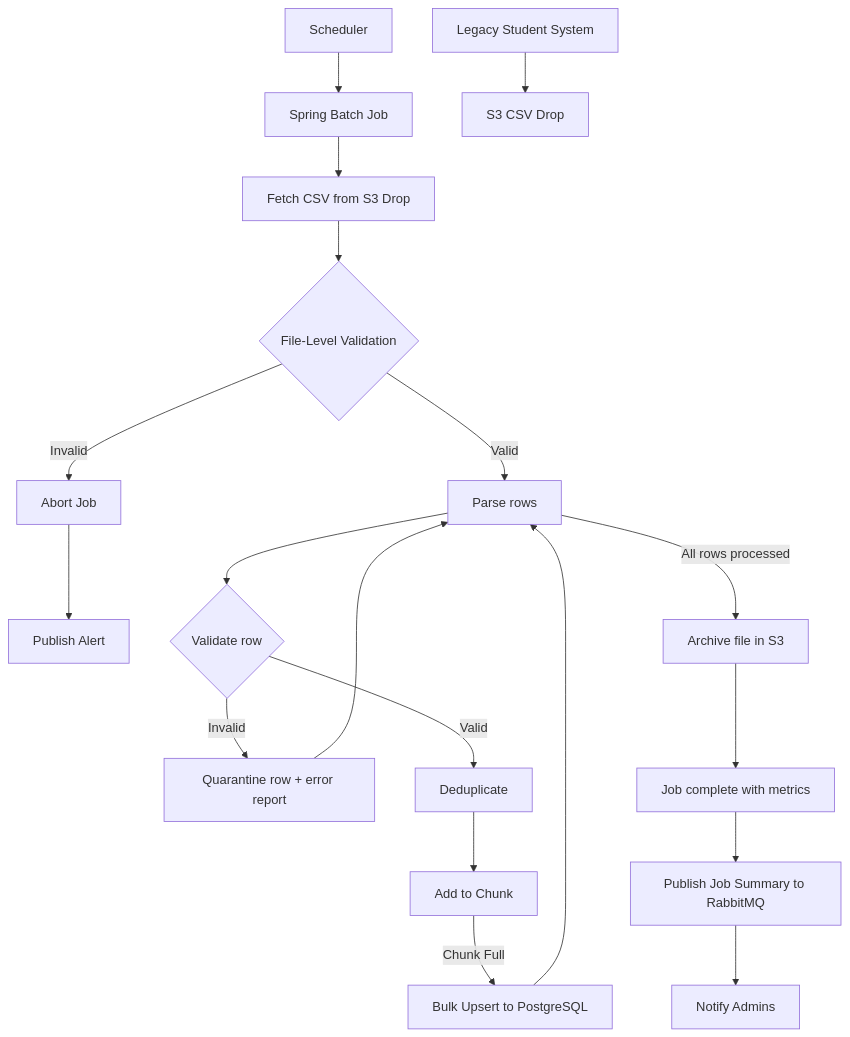
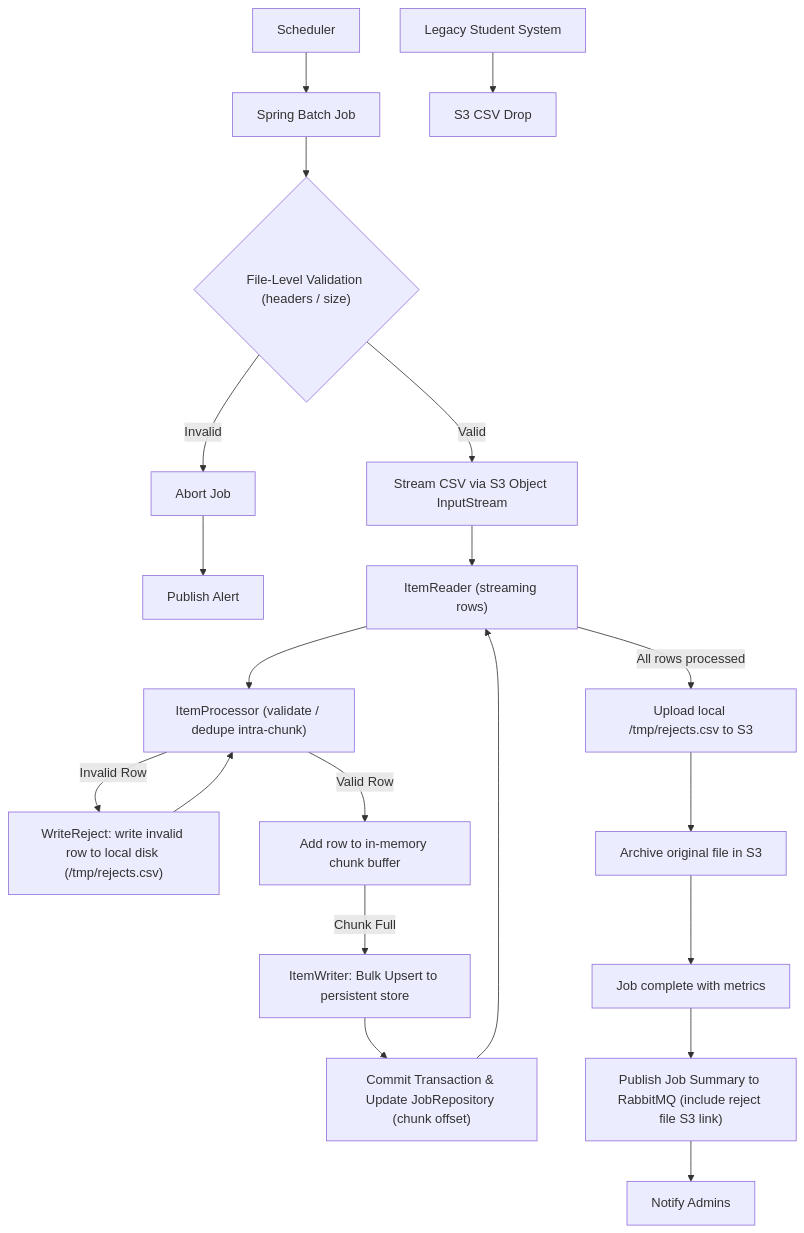
Before and after one commit to phatnguyen975/unihub-workshop: the sixth of 10 diagrams in blueprint/design.md, drawn with Mermaid. The commit also changed other lines of this file, not shown here.

Commit message:
docs: done review of core system flows

````diff
--- a/blueprint/design.md
+++ b/blueprint/design.md
@@ -599,23 +600,24 @@
 ```mermaid
 flowchart TD
   Scheduler[Scheduler] --> Job[Spring Batch Job]
   Legacy[Legacy Student System] --> S3[S3 CSV Drop]
-  Job --> Fetch[Fetch CSV from S3 Drop]
-  Fetch --> FileValidate{File-Level Validation}
+  Job --> FileValidate{"File-Level Validation (headers / size)"}
   FileValidate -->|Invalid| Abort[Abort Job]
   Abort --> Alert[Publish Alert]
-  FileValidate -->|Valid| Parse[Parse rows]
+  FileValidate -->|Valid| Stream[Stream CSV via S3 Object InputStream]
 
-  Parse --> RowValidate{Validate row}
-  RowValidate -->|Invalid| Quarantine[Quarantine row + error report]
-  Quarantine --> Parse
-  RowValidate -->|Valid| Dedup[Deduplicate]
-  Dedup --> Chunk[Add to Chunk]
-  Chunk -->|Chunk Full| BulkUpsert[Bulk Upsert to PostgreSQL]
-  BulkUpsert --> Parse
+  Stream --> ItemReader["ItemReader (streaming rows)"]
+  ItemReader --> ItemProcessor["ItemProcessor (validate / dedupe intra-chunk)"]
+  ItemProcessor -->|Invalid Row| WriteReject["WriteReject: write invalid row to local disk (/tmp/rejects.csv)"]
+  WriteReject --> ItemProcessor
+  ItemProcessor -->|Valid Row| Chunk[Add row to in-memory chunk buffer]
+  Chunk -->|Chunk Full| ItemWriter[ItemWriter: Bulk Upsert to persistent store]
+  ItemWriter --> Commit["Commit Transaction & Update JobRepository (chunk offset)"]
+  Commit --> ItemReader
 
-  Parse -->|All rows processed| Archive[Archive file in S3]
+  ItemReader -->|All rows processed| UploadReject[Upload local /tmp/rejects.csv to S3]
+  UploadReject --> Archive[Archive original file in S3]
   Archive --> Complete[Job complete with metrics]
-  Complete --> Publish[Publish Job Summary to RabbitMQ]
+  Complete --> Publish["Publish Job Summary to RabbitMQ (include reject file S3 link)"]
   Publish --> Notify[Notify Admins]
 ```
````
